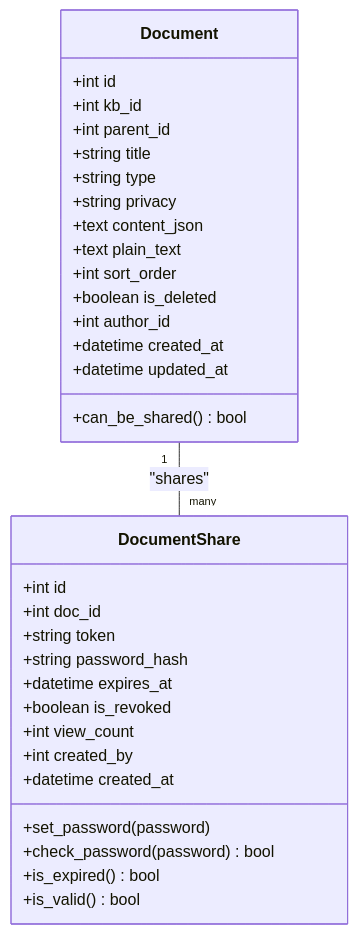
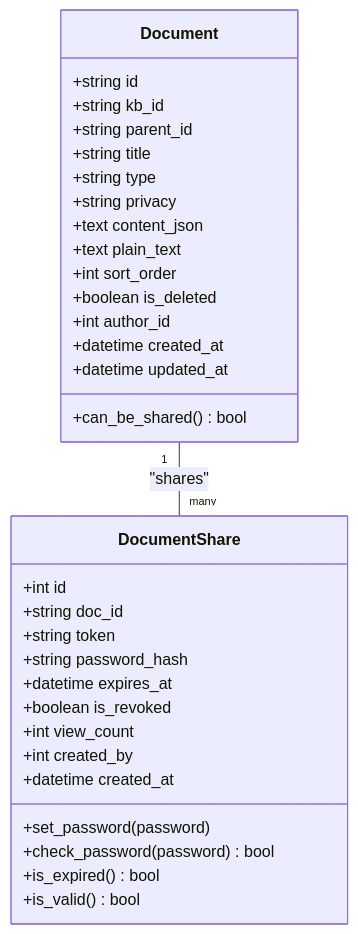
Before and after one commit to beyondalbert/my_wiki: the fifth of 7 diagrams in .qoder/repowiki/zh/content/数据模型设计/数据模型设计.md, drawn with Mermaid. The commit also changed other lines of this file and 21 other files, not shown here.

````diff
--- a/.qoder/repowiki/zh/content/数据模型设计/数据模型设计.md
+++ b/.qoder/repowiki/zh/content/数据模型设计/数据模型设计.md
@@ -297,35 +326,35 @@
 ```mermaid
 classDiagram
 class Document {
-+int id
-+int kb_id
-+int parent_id
++string id
++string kb_id
++string parent_id
 +string title
 +string type
 +string privacy
 +text content_json
 +text plain_text
 +int sort_order
 +boolean is_deleted
 +int author_id
 +datetime created_at
 +datetime updated_at
 +can_be_shared() bool
 }
 class DocumentShare {
 +int id
-+int doc_id
++string doc_id
 +string token
 +string password_hash
 +datetime expires_at
 +boolean is_revoked
 +int view_count
 +int created_by
 +datetime created_at
 +set_password(password)
 +check_password(password) bool
 +is_expired() bool
 +is_valid() bool
 }
 Document "1" -- "many" DocumentShare : "shares"
 ```
````
